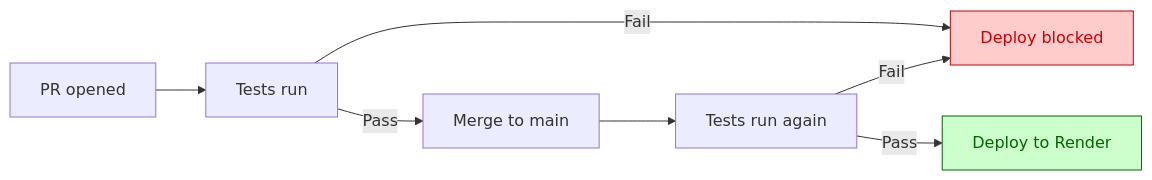
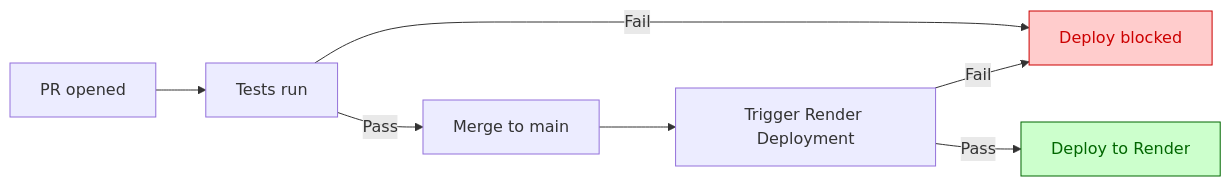
One commit to erinep/local_budget changed the diagram in README.md. Above: the diagram before and after it, drawn with Mermaid.

Commit message:
update mermaid diagram

````diff
--- a/README.md
+++ b/README.md
@@ -62,14 +62,14 @@
 ```mermaid
 flowchart LR
     A[PR opened] --> B[Tests run]
     B -->|Fail| C[Deploy blocked]
     B -->|Pass| D[Merge to main]
-    D --> E[Tests run again]
+    D --> E[Trigger Render Deployment]
     E -->|Fail| C
     E -->|Pass| F[Deploy to Render]
 
     classDef blocked fill:#ffcccc,stroke:#cc0000,color:#cc0000
     classDef deploy fill:#ccffcc,stroke:#006600,color:#006600
     class C blocked
     class F deploy
 ```
````
